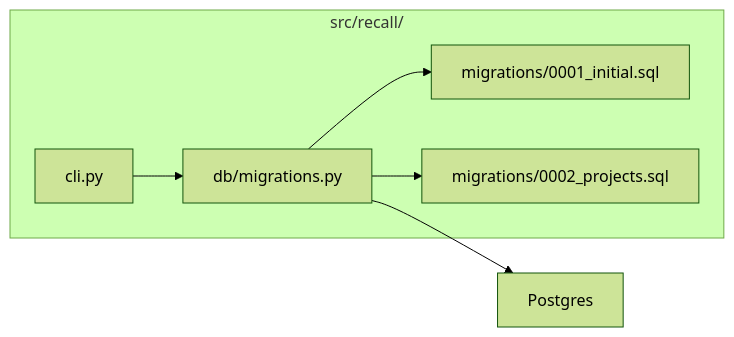
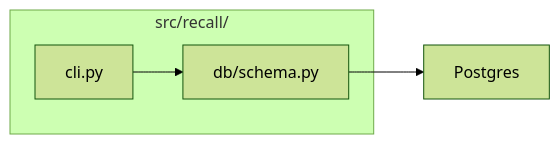
Before and after one commit to mironyx/recall: the third of 3 diagrams in docs/design/lld-e04-migration-runner.md, drawn with Mermaid (forest theme). The commit also changed other lines of this file and 34 other files, not shown here.

First line of the commit message:
feat: idempotent schema setup replacing migration runner (#76) (#83)

````diff
--- a/docs/design/lld-e04-migration-runner.md
+++ b/docs/design/lld-e04-migration-runner.md
@@ -65,15 +63,11 @@
 ```mermaid
 graph LR
     subgraph "src/recall/"
         CLI["cli.py"]
-        MR["db/migrations.py"]
-        M1["migrations/0001_initial.sql"]
-        M2["migrations/0002_projects.sql"]
+        DB["db/schema.py"]
     end
-    DB["Postgres"]
+    PG["Postgres"]
 
-    CLI --> MR
-    MR --> M1
-    MR --> M2
-    MR --> DB
+    CLI --> DB
+    DB --> PG
 ```
````
